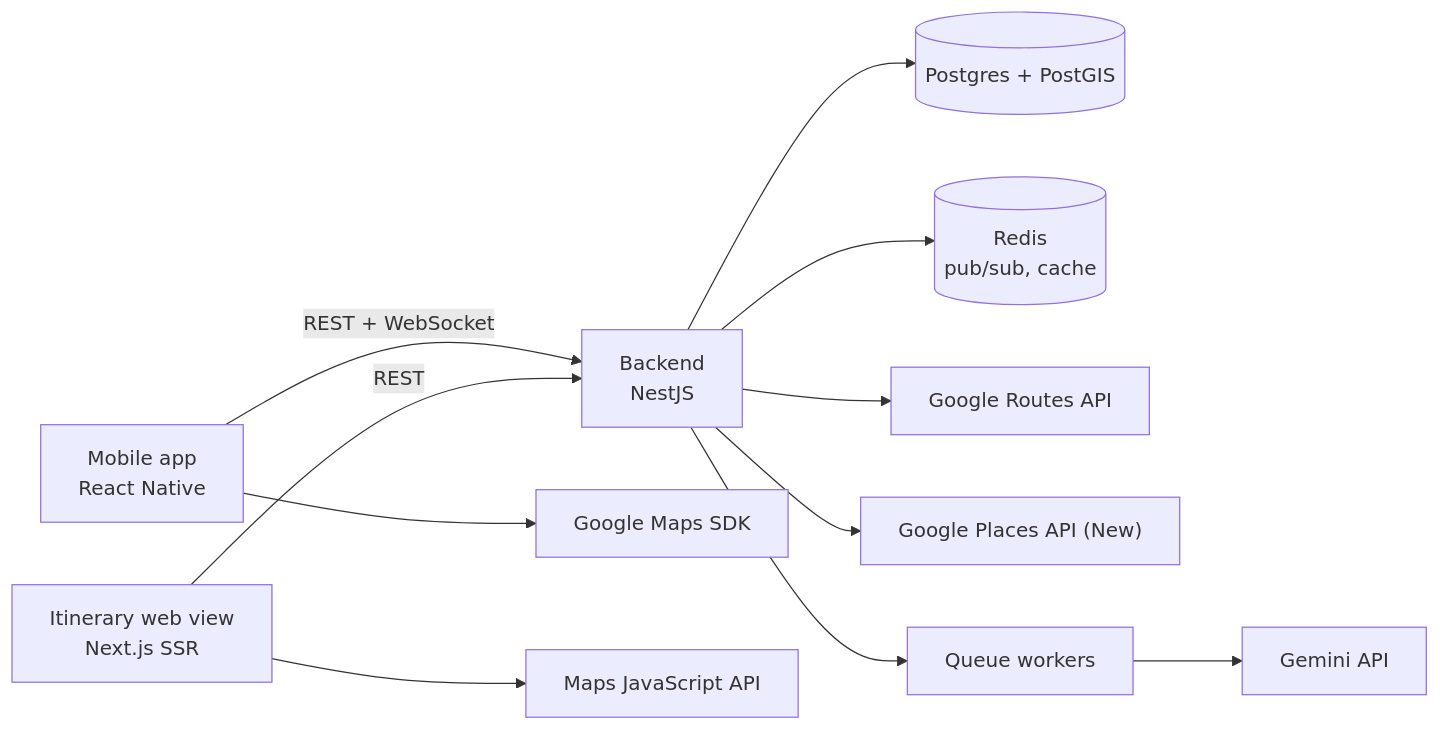
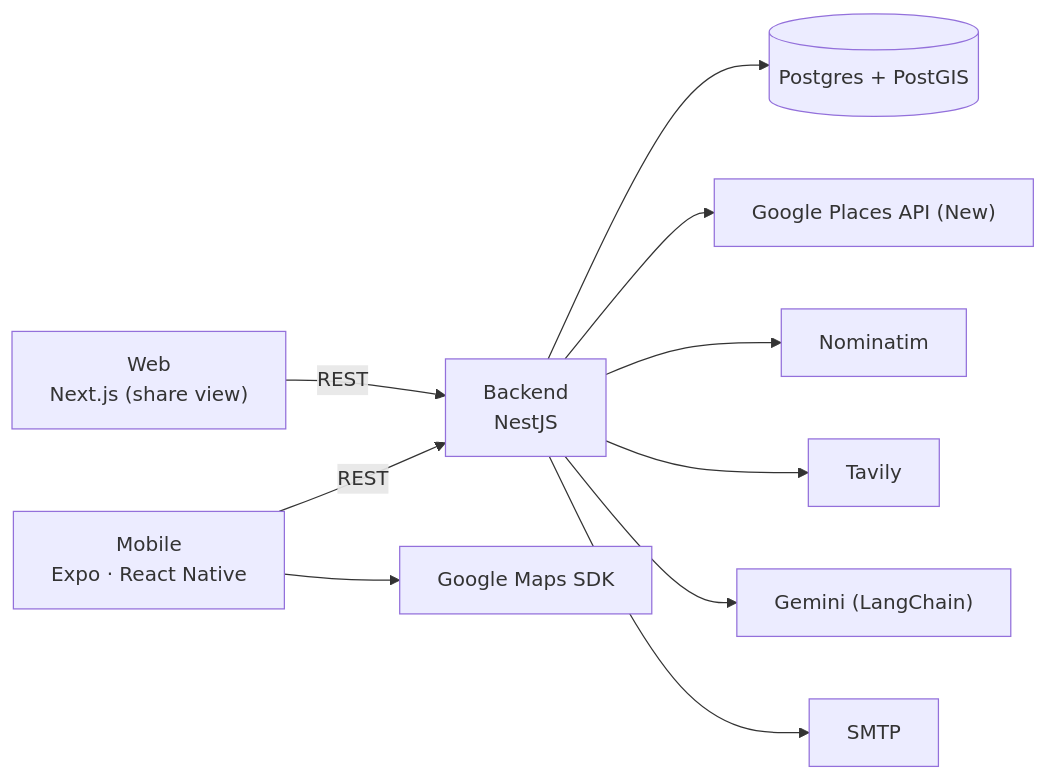
The third of 3 diagrams in README.md (bluez44/Rong), drawn with Mermaid before and after one commit. The commit also changed other lines of this file, not shown here.

First line of the commit message:
docs: update README to match the current architecture and features

````diff
--- a/README.md
+++ b/README.md
@@ -142,13 +126,12 @@
 ```mermaid
 flowchart LR
-  A["Mobile app<br/>React Native"] -- "REST + WebSocket" --> B["Backend<br/>NestJS"]
-  W["Itinerary web view<br/>Next.js SSR"] -- "REST" --> B
+  A["Mobile<br/>Expo · React Native"] -- "REST" --> B["Backend<br/>NestJS"]
+  W["Web<br/>Next.js (share view)"] -- "REST" --> B
   A --> M["Google Maps SDK"]
-  W --> MJ["Maps JavaScript API"]
   B --> DB[("Postgres + PostGIS")]
-  B --> RD[("Redis<br/>pub/sub, cache")]
-  B --> RO["Google Routes API"]
   B --> P["Google Places API (New)"]
-  B --> Q["Queue workers"]
-  Q --> AI["Gemini API"]
+  B --> N["Nominatim"]
+  B --> TV["Tavily"]
+  B --> AI["Gemini (LangChain)"]
+  B --> SM["SMTP"]
 ```
````
